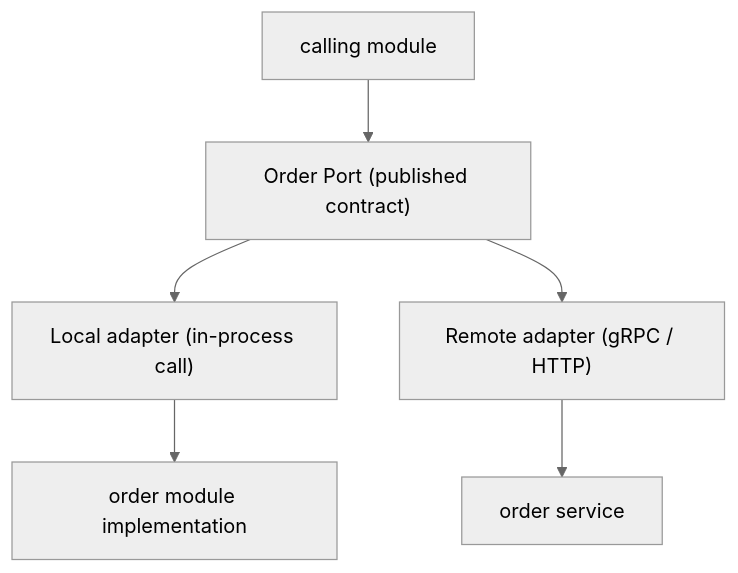
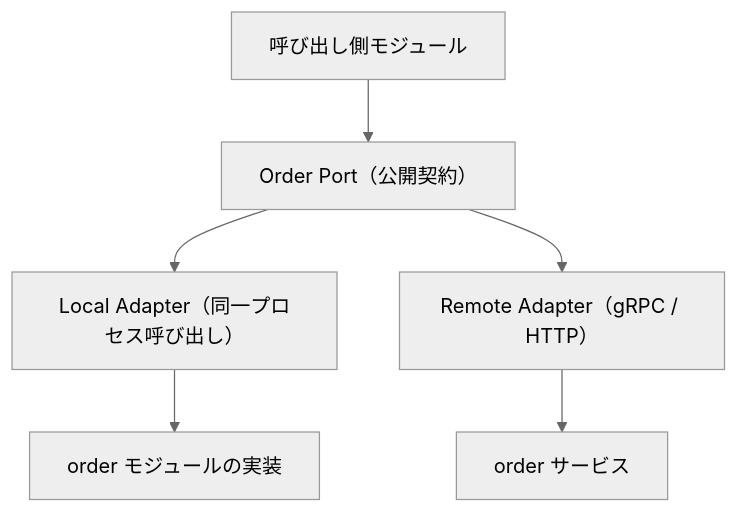
Before and after one commit to Tomy-ch/go-boilerplate: the second of 4 diagrams in docs/plan/distributed-ready-architecture.md, drawn with Mermaid (neutral theme). The commit also changed other lines of this file and 970 other files, not shown here.

````diff
--- a/docs/plan/distributed-ready-architecture.md
+++ b/docs/plan/distributed-ready-architecture.md
@@ -53,8 +51,8 @@
 ```mermaid
 flowchart TB
-    caller["calling module"] --> port["Order Port (published contract)"]
-    port --> local["Local adapter (in-process call)"]
-    port --> remote["Remote adapter (gRPC / HTTP)"]
-    local --> impl["order module implementation"]
-    remote --> svc["order service"]
+    caller["呼び出し側モジュール"] --> port["Order Port（公開契約）"]
+    port --> local["Local Adapter（同一プロセス呼び出し）"]
+    port --> remote["Remote Adapter（gRPC / HTTP）"]
+    local --> impl["order モジュールの実装"]
+    remote --> svc["order サービス"]
 ```
````
